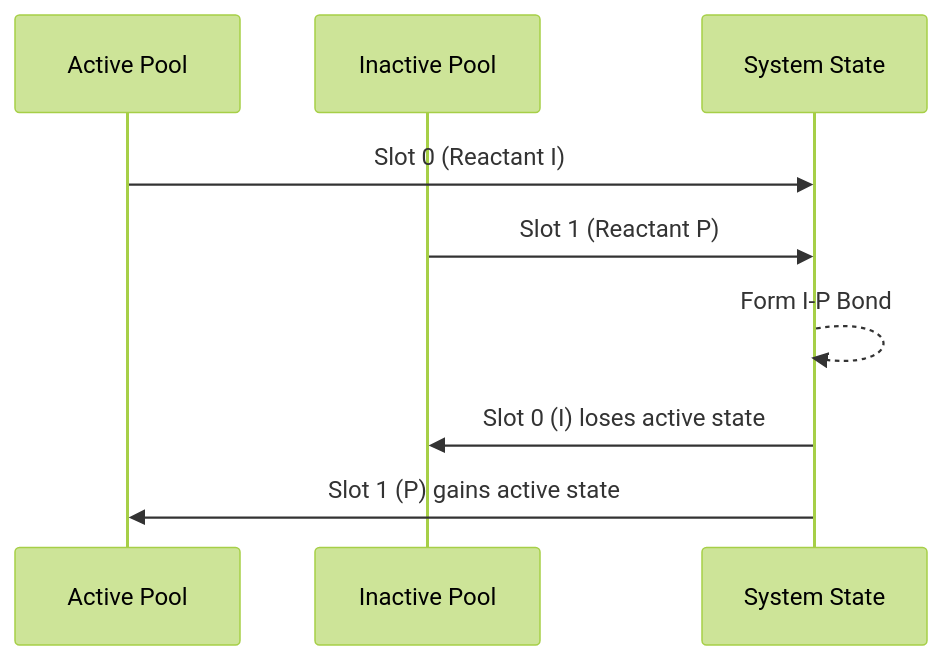
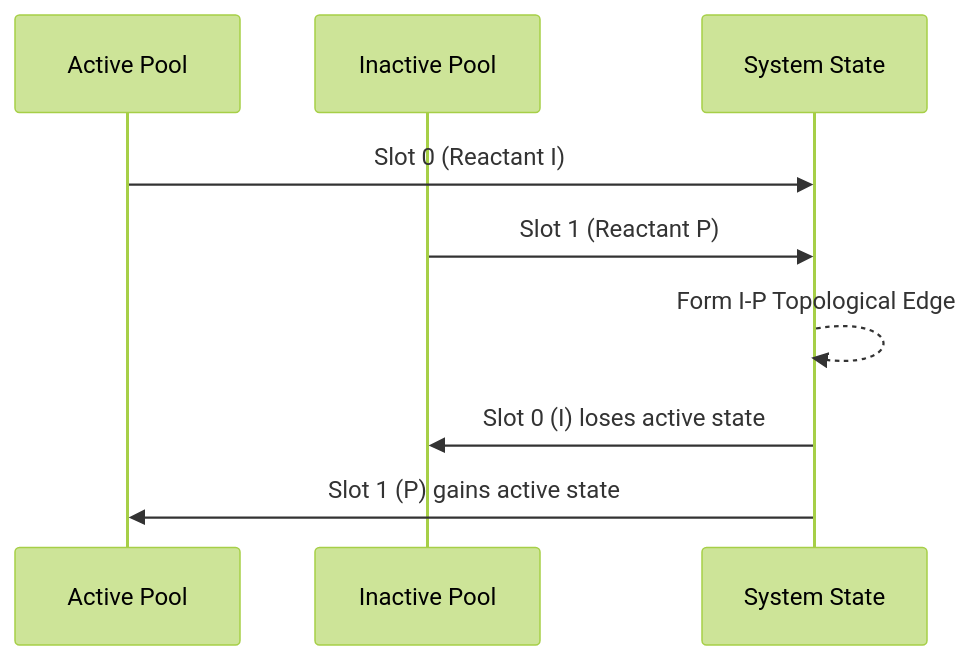
One commit to DoMD-toolkit/Docs changed the third of 3 diagrams in README.md. Above: the diagram before and after it, drawn with Mermaid (forest theme). The commit also changed other lines of this file, not shown here.

````diff
--- a/README.md
+++ b/README.md
@@ -173,13 +179,13 @@
 ```mermaid
 sequenceDiagram
     participant Active Pool
     participant Inactive Pool
     participant System State
     
     Active Pool->>System State: Slot 0 (Reactant I)
     Inactive Pool->>System State: Slot 1 (Reactant P)
-    System State-->>System State: Form I-P Bond
+    System State-->>System State: Form I-P Topological Edge
     System State->>Inactive Pool: Slot 0 (I) loses active state
     System State->>Active Pool: Slot 1 (P) gains active state
 
 ```
````
